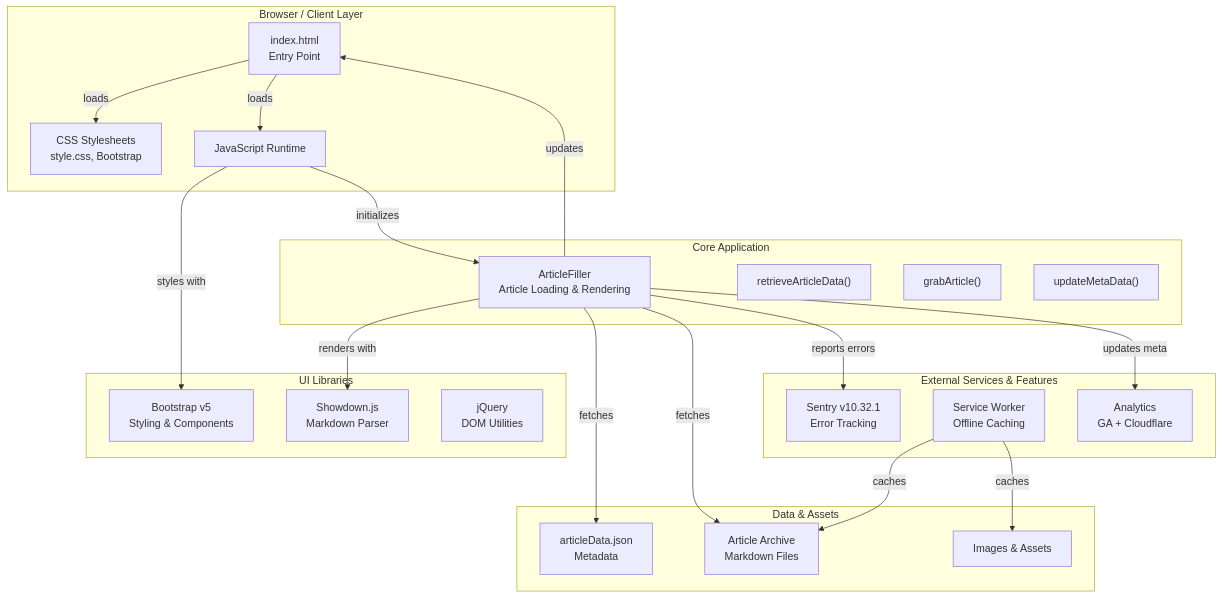
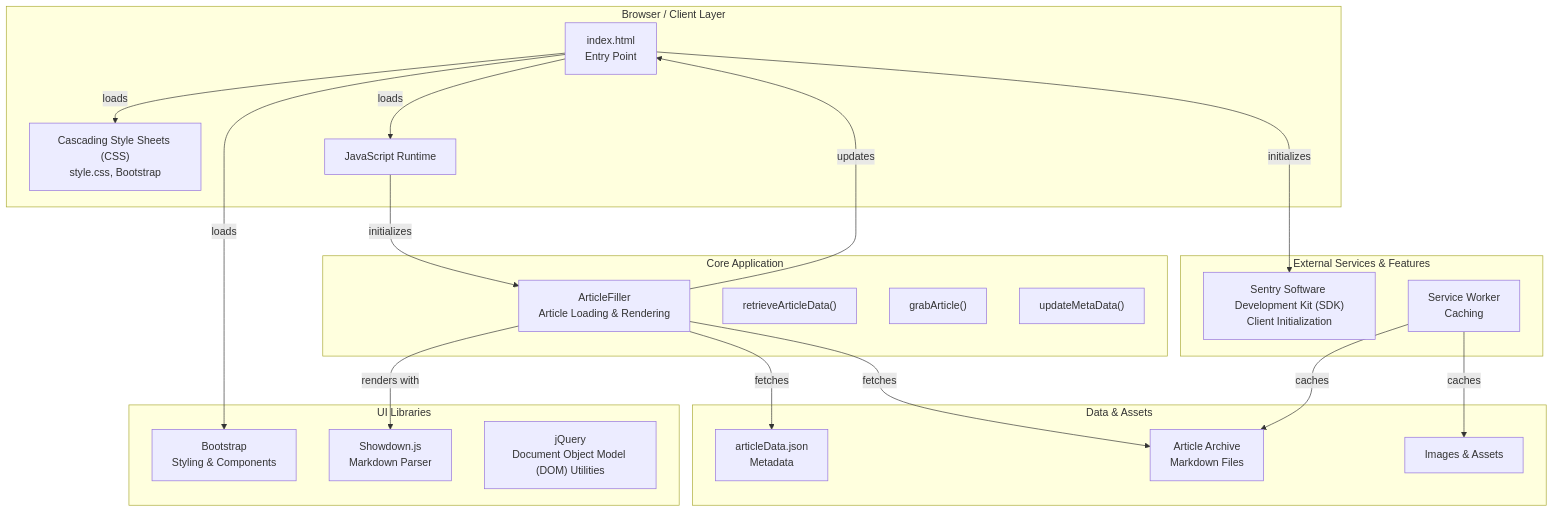
One commit to AlexJSully/Small-Dev-Talk changed the first of 2 diagrams in docs/architecture/system.md. Above: the diagram before and after it, drawn with Mermaid. The commit also changed other lines of this file and 13 other files, not shown here.

````diff
--- a/docs/architecture/system.md
+++ b/docs/architecture/system.md
@@ -7,46 +7,44 @@
 ```mermaid
 graph TB
     subgraph Client["Browser / Client Layer"]
         HTML["index.html<br/>Entry Point"]
-        CSS["CSS Stylesheets<br/>style.css, Bootstrap"]
+        CSS["Cascading Style Sheets (CSS)<br/>style.css, Bootstrap"]
         JS["JavaScript Runtime"]
     end
 
     subgraph Core["Core Application"]
         AF["ArticleFiller<br/>Article Loading & Rendering"]
         AF_subA["retrieveArticleData()"]
         AF_subB["grabArticle()"]
         AF_subC["updateMetaData()"]
     end
 
     subgraph Data["Data & Assets"]
         ArticleData["articleData.json<br/>Metadata"]
         ArticleArchive["Article Archive<br/>Markdown Files"]
         Images["Images & Assets"]
     end
 
     subgraph Services["External Services & Features"]
-        Sentry["Sentry v10.32.1<br/>Error Tracking"]
-        SW["Service Worker<br/>Offline Caching"]
-        Analytics["Analytics<br/>GA + Cloudflare"]
+        Sentry["Sentry Software Development Kit (SDK)<br/>Client Initialization"]
+        SW["Service Worker<br/>Caching"]
     end
 
     subgraph Libraries["UI Libraries"]
-        Bootstrap["Bootstrap v5<br/>Styling & Components"]
+        Bootstrap["Bootstrap<br/>Styling & Components"]
         Showdown["Showdown.js<br/>Markdown Parser"]
-        jQuery["jQuery<br/>DOM Utilities"]
+        jQuery["jQuery<br/>Document Object Model (DOM) Utilities"]
     end
 
     HTML -->|loads| CSS
     HTML -->|loads| JS
     JS -->|initializes| AF
     AF -->|fetches| ArticleData
     AF -->|fetches| ArticleArchive
     AF -->|renders with| Showdown
     AF -->|updates| HTML
-    AF -->|reports errors| Sentry
+    HTML -->|initializes| Sentry
     SW -->|caches| Images
     SW -->|caches| ArticleArchive
-    JS -->|styles with| Bootstrap
-    AF -->|updates meta| Analytics
+    HTML -->|loads| Bootstrap
 ```
````
